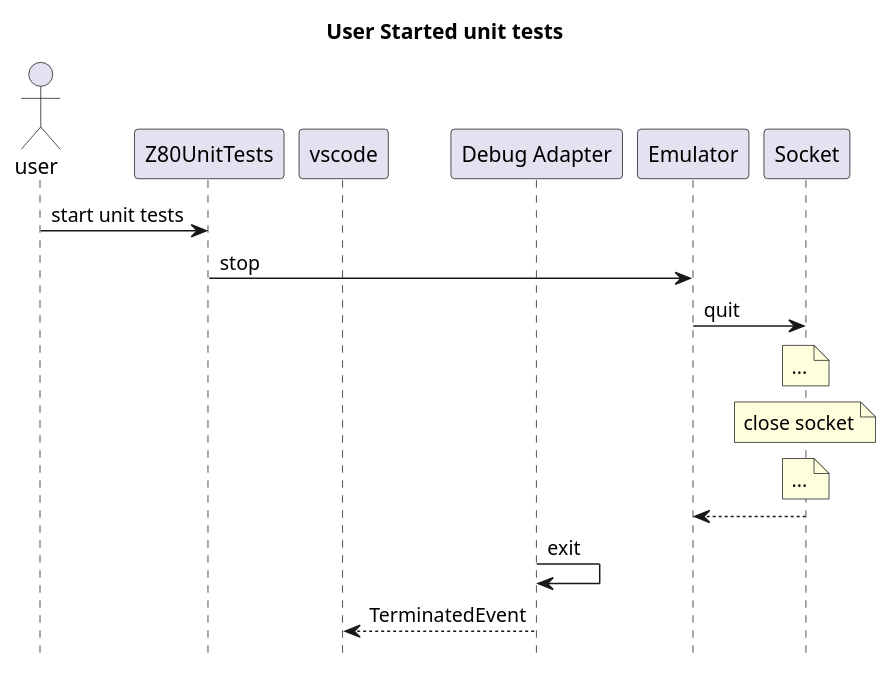
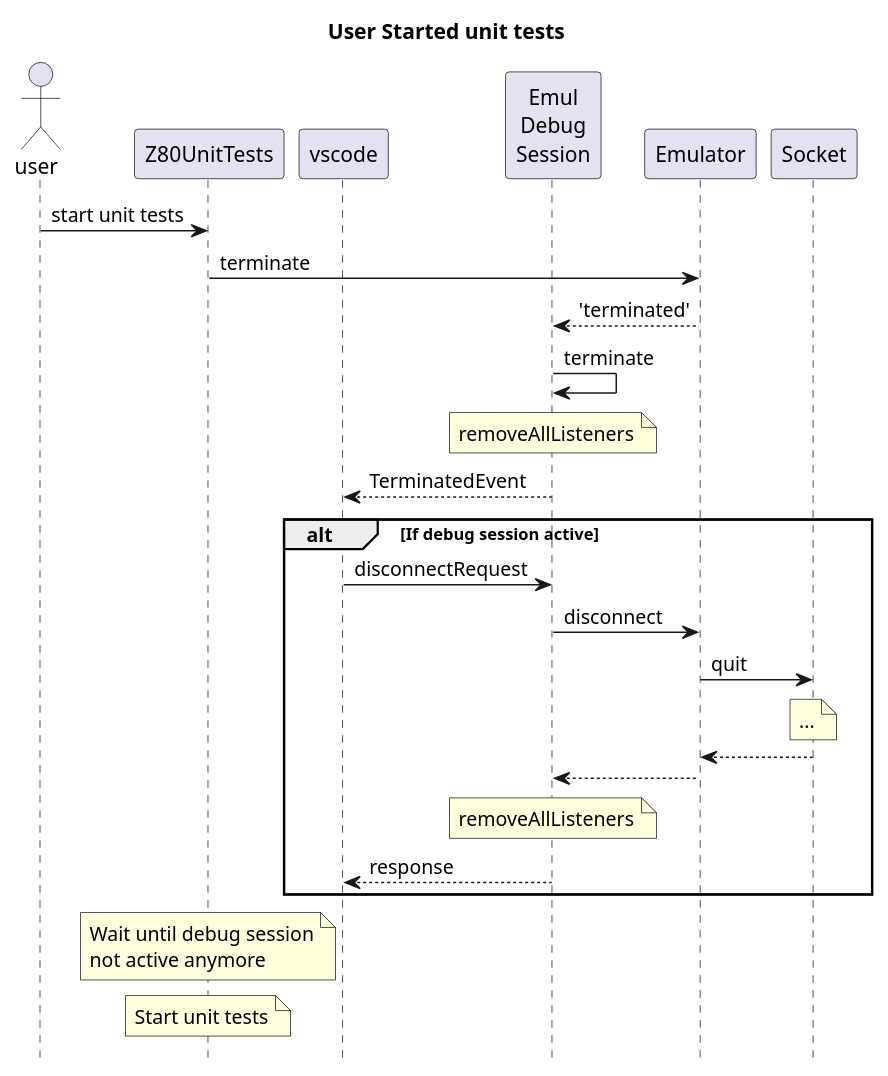
Before and after one commit to maziac/DeZog: the eighth of 9 diagrams in design/design.md, drawn with PlantUML. The commit also changed other lines of this file and 9 other files, not shown here.

````diff
--- a/design/design.md
+++ b/design/design.md
@@ -398,27 +392,38 @@
 ```puml
 hide footbox
 title User Started unit tests
 actor user
 participant Z80UnitTests as unittest
 participant vscode
-participant "Debug Adapter" as adapter
+participant "Emul\nDebug\nSession" as session
 participant "Emulator" as emul
 participant "Socket" as socket
 'participant "ZEsarUX" as zesarux
 
 user -> unittest: start unit tests
-unittest -> emul: stop
+unittest -> emul: terminate
 
+session <-- emul: 'terminated'
+session -> session: terminate
+
+note over session: removeAllListeners
+vscode <-- session: TerminatedEvent
+
+alt If debug session active
+
+vscode -> session: disconnectRequest
+session -> emul: disconnect
 emul -> socket: quit
-note over socket: ...
-note over socket: close socket
 note over socket: ...
 emul <-- socket
 
-'adapter <-- emul
-'vscode <-- adapter: response
+session <-- emul
+note over session: removeAllListeners
+vscode <-- session: response
 
-adapter -> adapter: exit
-vscode <-- adapter: TerminatedEvent
-'note over adapter: removeAllListeners
+end
+
+note over unittest: Wait until debug session\nnot active anymore
+note over unittest: Start unit tests
+
 ```
````
